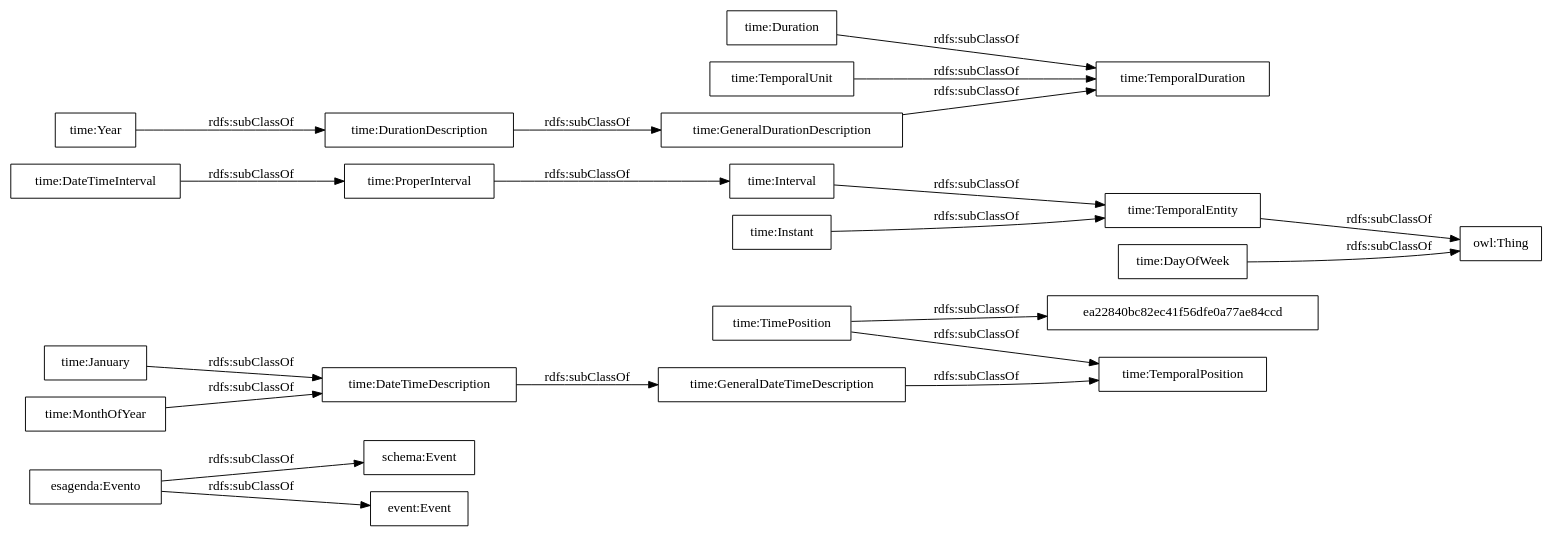
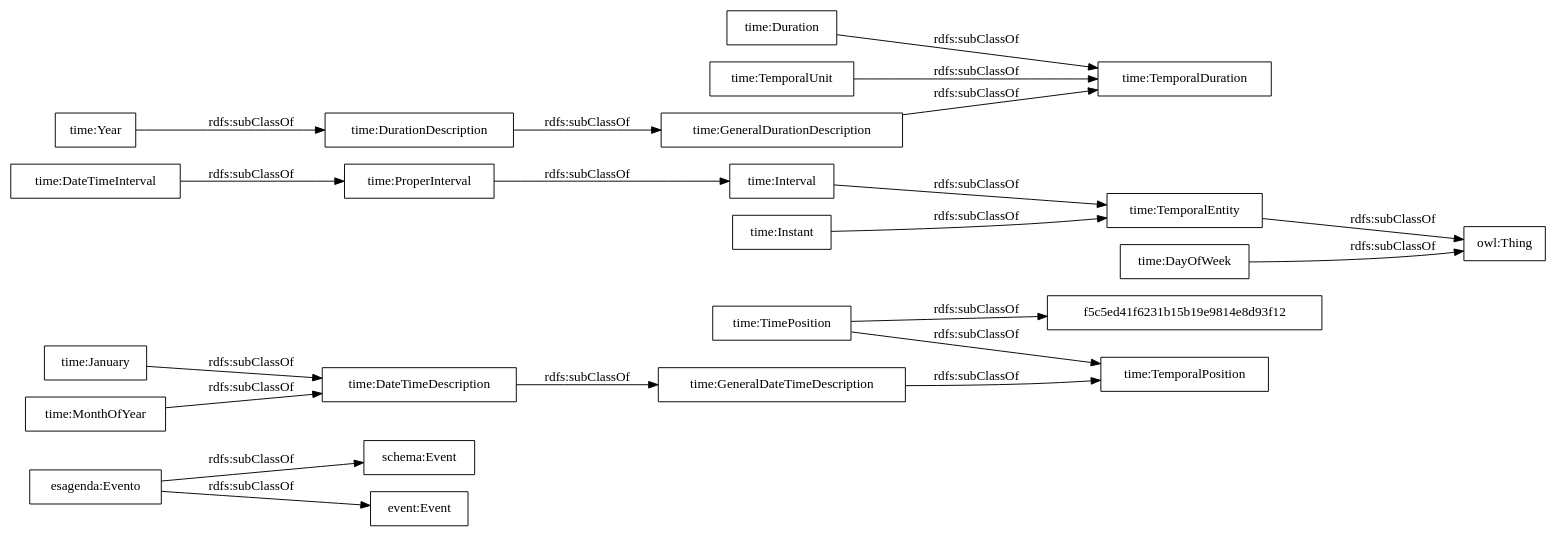
The diagram in OnToology/agenda.owl/diagrams/ar2dtool-taxonomy/agenda.owl.png.dot (paoespinozarias/cultura-ocio-agenda-eventos-actividades), drawn with Graphviz before and after one commit. The commit also changed 6 other files, not shown here.

```diff
--- a/OnToology/agenda.owl/diagrams/ar2dtool-taxonomy/agenda.owl.png.dot
+++ b/OnToology/agenda.owl/diagrams/ar2dtool-taxonomy/agenda.owl.png.dot
@@ -1,25 +1,25 @@
 digraph ar2dtool_diagram { 
 rankdir=LR;
 size="1000"
-node [shape = rectangle, color="black"]; "esagenda:Evento" "schema:Event" "event:Event" "time:GeneralDateTimeDescription" "time:DateTimeInterval" "time:DurationDescription" "time:TemporalDuration" "time:Duration" "time:GeneralDurationDescription" "time:January" "ea22840bc82ec41f56dfe0a77ae84ccd" "time:ProperInterval" "time:TimePosition" "time:TemporalPosition" "time:Interval" "time:TemporalEntity" "time:Year" "time:MonthOfYear" "time:DateTimeDescription" "time:TemporalUnit" "time:Instant" "time:DayOfWeek" ; /*classes style*/
+node [shape = rectangle, color="black"]; "esagenda:Evento" "schema:Event" "event:Event" "time:GeneralDateTimeDescription" "time:DateTimeInterval" "time:DurationDescription" "time:TemporalDuration" "time:Duration" "time:GeneralDurationDescription" "time:January" "time:ProperInterval" "time:TimePosition" "f5c5ed41f6231b15b19e9814e8d93f12" "time:TemporalPosition" "time:Interval" "time:TemporalEntity" "time:Year" "time:MonthOfYear" "time:DateTimeDescription" "time:TemporalUnit" "time:Instant" "time:DayOfWeek" ; /*classes style*/
 	"time:TemporalEntity" -> "owl:Thing" [ label = "rdfs:subClassOf" ];
 	"time:DateTimeInterval" -> "time:ProperInterval" [ label = "rdfs:subClassOf" ];
 	"time:DayOfWeek" -> "owl:Thing" [ label = "rdfs:subClassOf" ];
 	"time:TemporalUnit" -> "time:TemporalDuration" [ label = "rdfs:subClassOf" ];
 	"time:Year" -> "time:DurationDescription" [ label = "rdfs:subClassOf" ];
 	"time:Interval" -> "time:TemporalEntity" [ label = "rdfs:subClassOf" ];
 	"time:MonthOfYear" -> "time:DateTimeDescription" [ label = "rdfs:subClassOf" ];
 	"time:GeneralDurationDescription" -> "time:TemporalDuration" [ label = "rdfs:subClassOf" ];
 	"time:GeneralDateTimeDescription" -> "time:TemporalPosition" [ label = "rdfs:subClassOf" ];
 	"time:DateTimeDescription" -> "time:GeneralDateTimeDescription" [ label = "rdfs:subClassOf" ];
 	"time:DurationDescription" -> "time:GeneralDurationDescription" [ label = "rdfs:subClassOf" ];
-	"time:TimePosition" -> "ea22840bc82ec41f56dfe0a77ae84ccd" [ label = "rdfs:subClassOf" ];
+	"time:TimePosition" -> "f5c5ed41f6231b15b19e9814e8d93f12" [ label = "rdfs:subClassOf" ];
 	"time:TimePosition" -> "time:TemporalPosition" [ label = "rdfs:subClassOf" ];
 	"time:January" -> "time:DateTimeDescription" [ label = "rdfs:subClassOf" ];
 	"time:ProperInterval" -> "time:Interval" [ label = "rdfs:subClassOf" ];
 	"time:Instant" -> "time:TemporalEntity" [ label = "rdfs:subClassOf" ];
 	"esagenda:Evento" -> "schema:Event" [ label = "rdfs:subClassOf" ];
 	"esagenda:Evento" -> "event:Event" [ label = "rdfs:subClassOf" ];
 	"time:Duration" -> "time:TemporalDuration" [ label = "rdfs:subClassOf" ];
 
 }
```
